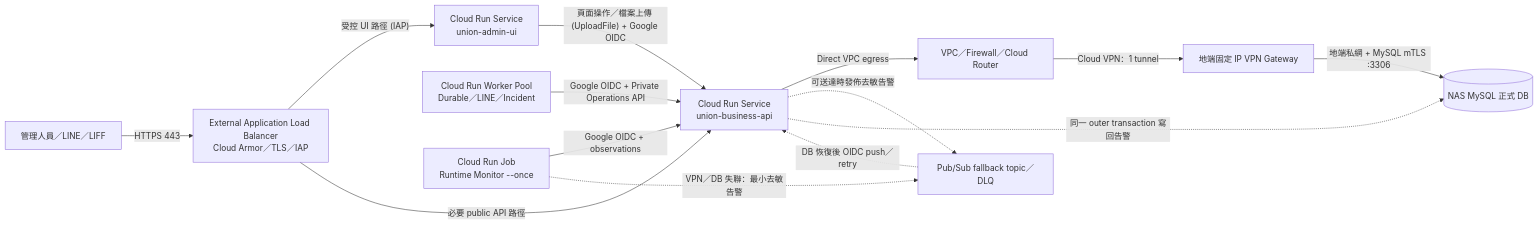
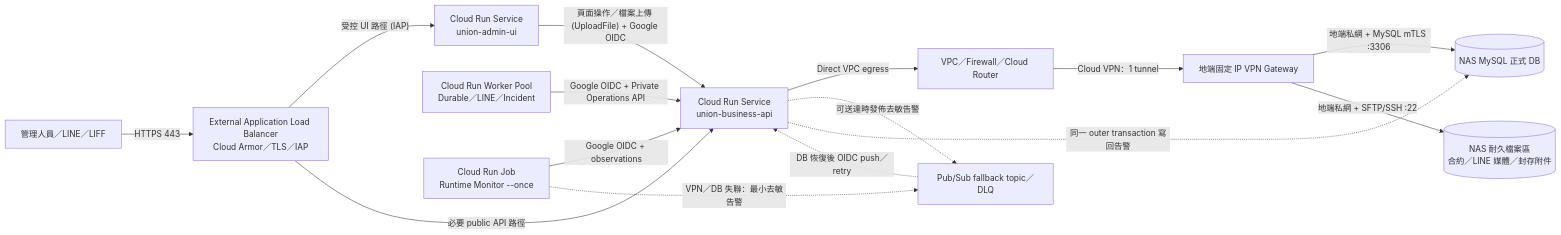
One commit to chrishzc/Labor_union changed the diagram in document/雲端部署/計劃書/單一Cloud VPN計畫書.md. Above: the diagram before and after it, drawn with Mermaid. The commit also changed other lines of this file and 3 other files, not shown here.

````diff
--- a/document/雲端部署/計劃書/單一Cloud VPN計畫書.md
+++ b/document/雲端部署/計劃書/單一Cloud VPN計畫書.md
@@ -35,17 +35,18 @@
 ```mermaid
 flowchart LR
     USER["管理人員／LINE／LIFF"] -->|"HTTPS 443"| EDGE["External Application Load Balancer\nCloud Armor／TLS／IAP"]
     EDGE -->|"受控 UI 路徑 (IAP)"| UI["Cloud Run Service\nunion-admin-ui"]
     EDGE -->|"必要 public API 路徑"| API["Cloud Run Service\nunion-business-api"]
     UI -->|"頁面操作／檔案上傳 (UploadFile) + Google OIDC"| API
     WORKERS["Cloud Run Worker Pool\nDurable／LINE／Incident"] -->|"Google OIDC + Private Operations API"| API
     MONITOR["Cloud Run Job\nRuntime Monitor --once"] -->|"Google OIDC + observations"| API
     API -->|"Direct VPC egress"| VPC["VPC／Firewall／Cloud Router"]
     VPC -->|"Cloud VPN：1 tunnel"| GW["地端固定 IP VPN Gateway"]
     GW -->|"地端私網 + MySQL mTLS :3306"| DB[("NAS MySQL 正式 DB")]
+    GW -->|"地端私網 + SFTP/SSH :22"| FILES[("NAS 耐久檔案區\n合約／LINE 媒體／封存附件")]
 
     MONITOR -. "VPN／DB 失聯：最小去敏告警" .-> PS["Pub/Sub fallback topic／DLQ"]
     API -. "可送達時發佈去敏告警" .-> PS
     PS -. "DB 恢復後 OIDC push／retry" .-> API
     API -. "同一 outer transaction 寫回告警" .-> DB
 ```
````
